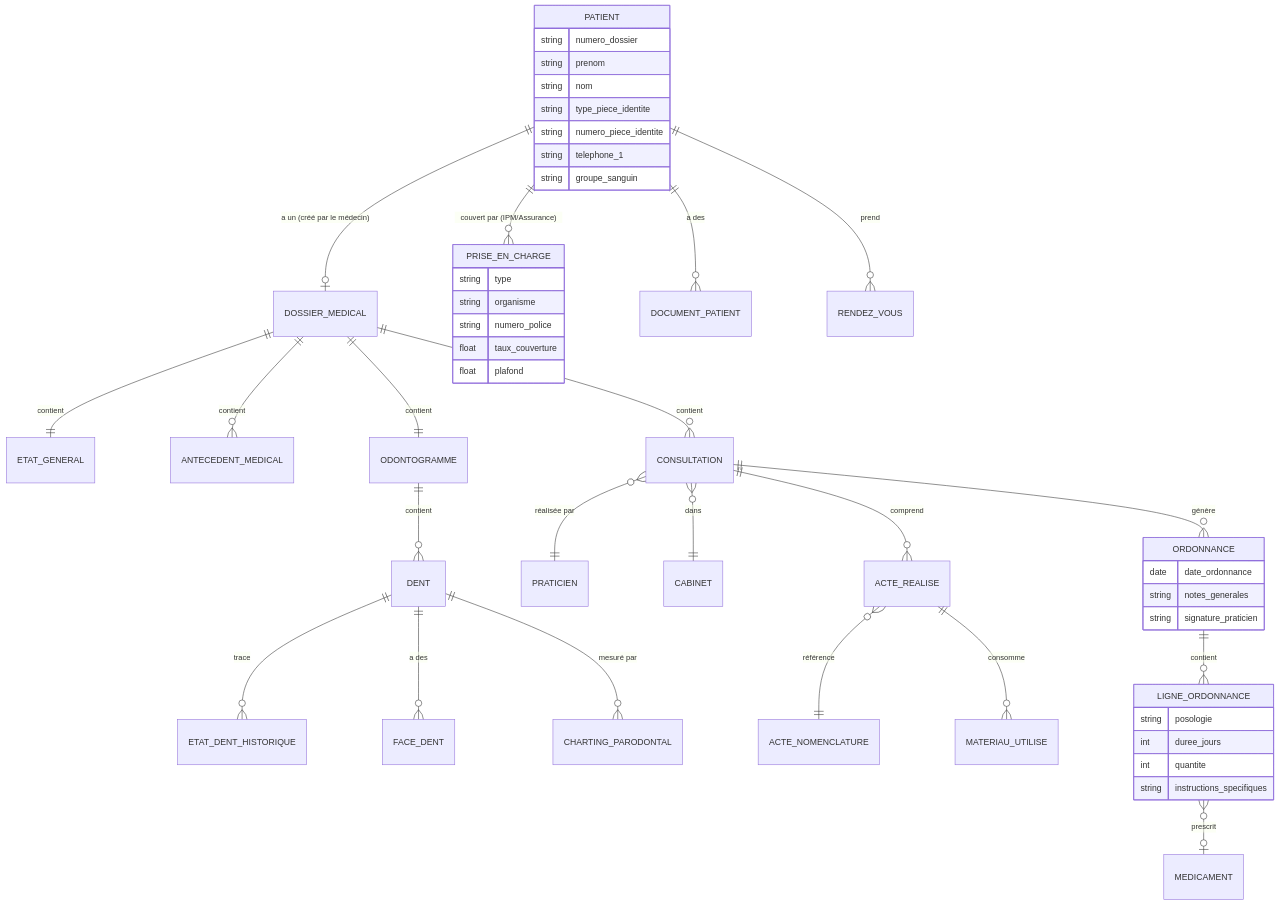
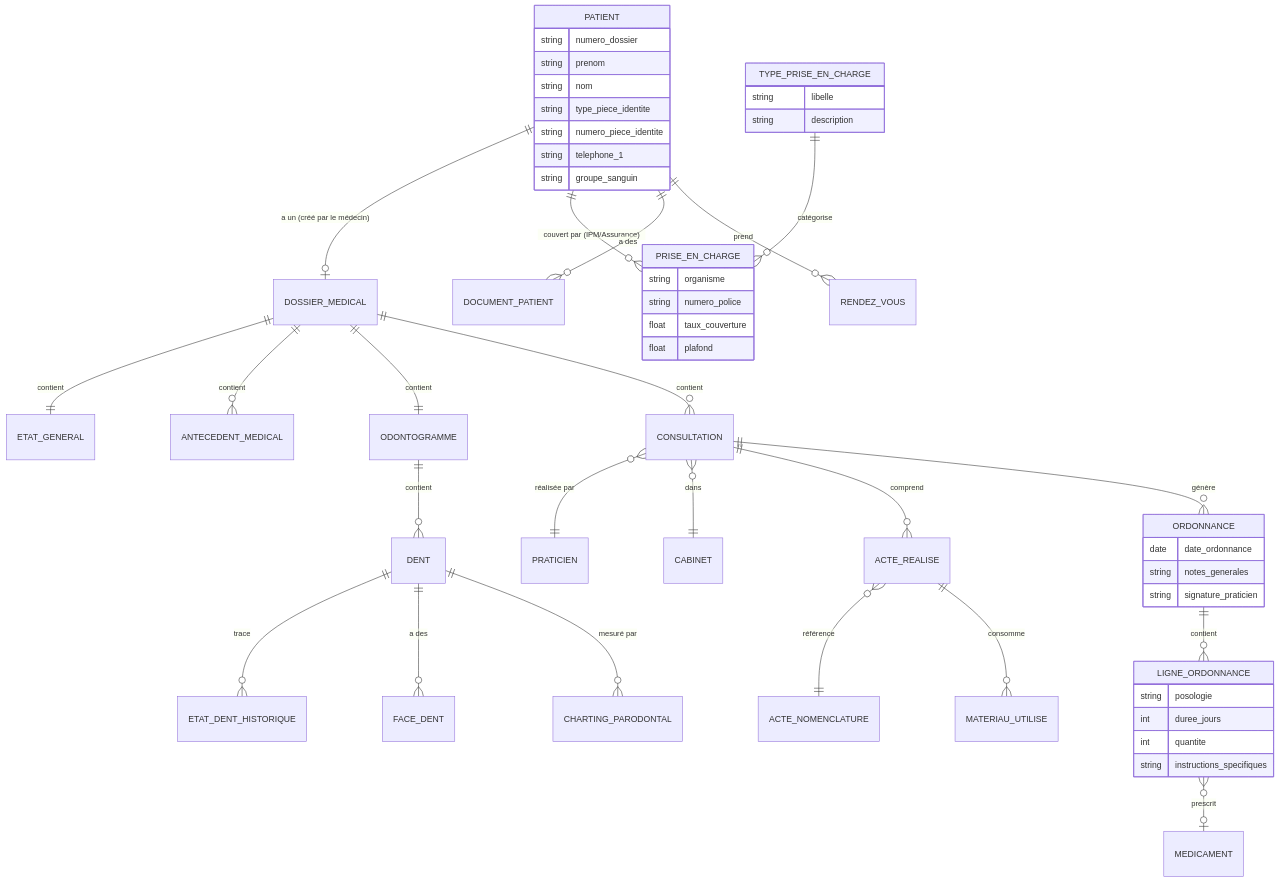
One commit to DonArhouna/SysDent changed the second of 5 diagrams in Analyse/docs/modelisation_mcd.md. Above: the diagram before and after it, drawn with Mermaid. The commit also changed 2 other files, not shown here.

Commit message:
Make Prise en Charge type dynamic by adding types_prise_en_charge table instead of an ENUM

````diff
--- a/Analyse/docs/modelisation_mcd.md
+++ b/Analyse/docs/modelisation_mcd.md
@@ -29,59 +29,64 @@
 ```mermaid
 erDiagram
     PATIENT ||--o| DOSSIER_MEDICAL : "a un (créé par le médecin)"
     DOSSIER_MEDICAL ||--|| ETAT_GENERAL : "contient"
     DOSSIER_MEDICAL ||--o{ ANTECEDENT_MEDICAL : "contient"
     DOSSIER_MEDICAL ||--|| ODONTOGRAMME : "contient"
     DOSSIER_MEDICAL ||--o{ CONSULTATION : "contient"
 
     PATIENT ||--o{ PRISE_EN_CHARGE : "couvert par (IPM/Assurance)"
     PATIENT ||--o{ DOCUMENT_PATIENT : "a des"
     PATIENT ||--o{ RENDEZ_VOUS : "prend"
+    TYPE_PRISE_EN_CHARGE ||--o{ PRISE_EN_CHARGE : "catégorise"
 
     CONSULTATION }o--|| PRATICIEN : "réalisée par"
     CONSULTATION }o--|| CABINET : "dans"
     CONSULTATION ||--o{ ACTE_REALISE : "comprend"
     CONSULTATION ||--o{ ORDONNANCE : "génère"
 
     ODONTOGRAMME ||--o{ DENT : "contient"
     DENT ||--o{ ETAT_DENT_HISTORIQUE : "trace"
     DENT ||--o{ FACE_DENT : "a des"
     DENT ||--o{ CHARTING_PARODONTAL : "mesuré par"
 
     ACTE_REALISE }o--|| ACTE_NOMENCLATURE : "référence"
     ACTE_REALISE ||--o{ MATERIAU_UTILISE : "consomme"
 
     ORDONNANCE ||--o{ LIGNE_ORDONNANCE : "contient"
     LIGNE_ORDONNANCE }o--o| MEDICAMENT : "prescrit"
 
     PATIENT {
         string numero_dossier
         string prenom
         string nom
         string type_piece_identite
         string numero_piece_identite
         string telephone_1
         string groupe_sanguin
     }
 
     PRISE_EN_CHARGE {
-        string type
         string organisme
         string numero_police
         float taux_couverture
         float plafond
+    }
+
+    TYPE_PRISE_EN_CHARGE {
+        string libelle
+        string description
     }
 
     ORDONNANCE {
         date date_ordonnance
         string notes_generales
         string signature_praticien
     }
 
     LIGNE_ORDONNANCE {
         string posologie
         int duree_jours
         int quantite
         string instructions_specifiques
     }
 ```
````
